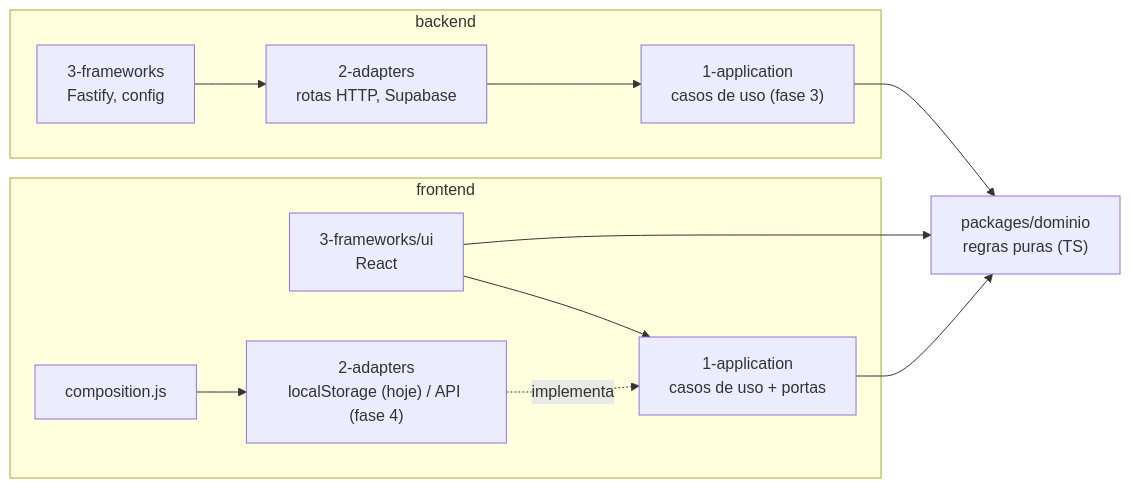
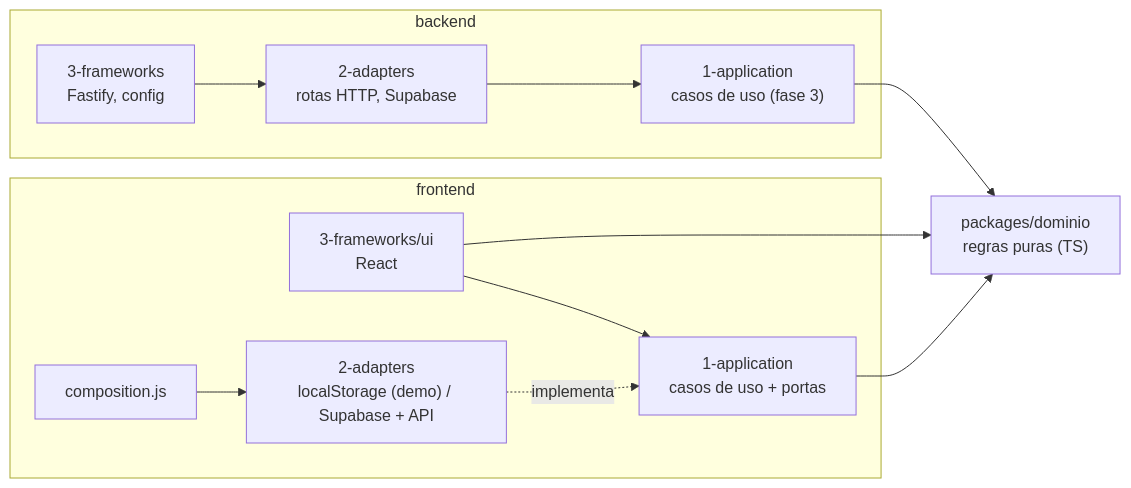
One commit to yarabeatrixz/HortiControl changed the diagram in docs/ARQUITETURA.md. Above: the diagram before and after it, drawn with Mermaid. The commit also changed other lines of this file and 27 other files, not shown here.

First line of the commit message:
feat(frontend): modo conectado com Supabase + API, mantendo o modo demo (fase 4)

````diff
--- a/docs/ARQUITETURA.md
+++ b/docs/ARQUITETURA.md
@@ -16,16 +17,16 @@
 ```mermaid
 flowchart LR
   dominio["packages/dominio<br/>regras puras (TS)"]
   subgraph FE["frontend"]
     ui["3-frameworks/ui<br/>React"] --> fapp["1-application<br/>casos de uso + portas"]
-    fadp["2-adapters<br/>localStorage (hoje) / API (fase 4)"] -. implementa .-> fapp
+    fadp["2-adapters<br/>localStorage (demo) / Supabase + API"] -. implementa .-> fapp
     fcomp["composition.js"] --> fadp
   end
   subgraph BE["backend"]
     http["3-frameworks<br/>Fastify, config"] --> badp["2-adapters<br/>rotas HTTP, Supabase"]
     badp --> bapp["1-application<br/>casos de uso (fase 3)"]
   end
   fapp --> dominio
   ui --> dominio
   bapp --> dominio
 ```
````
